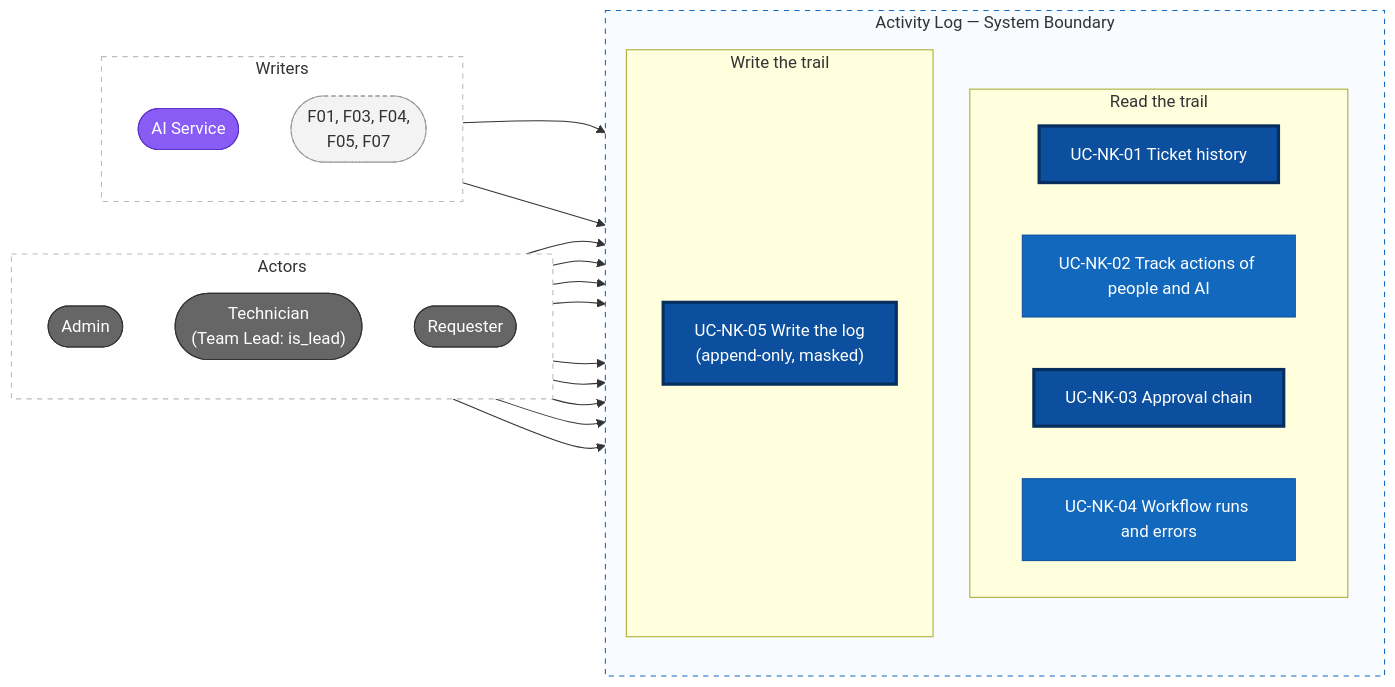
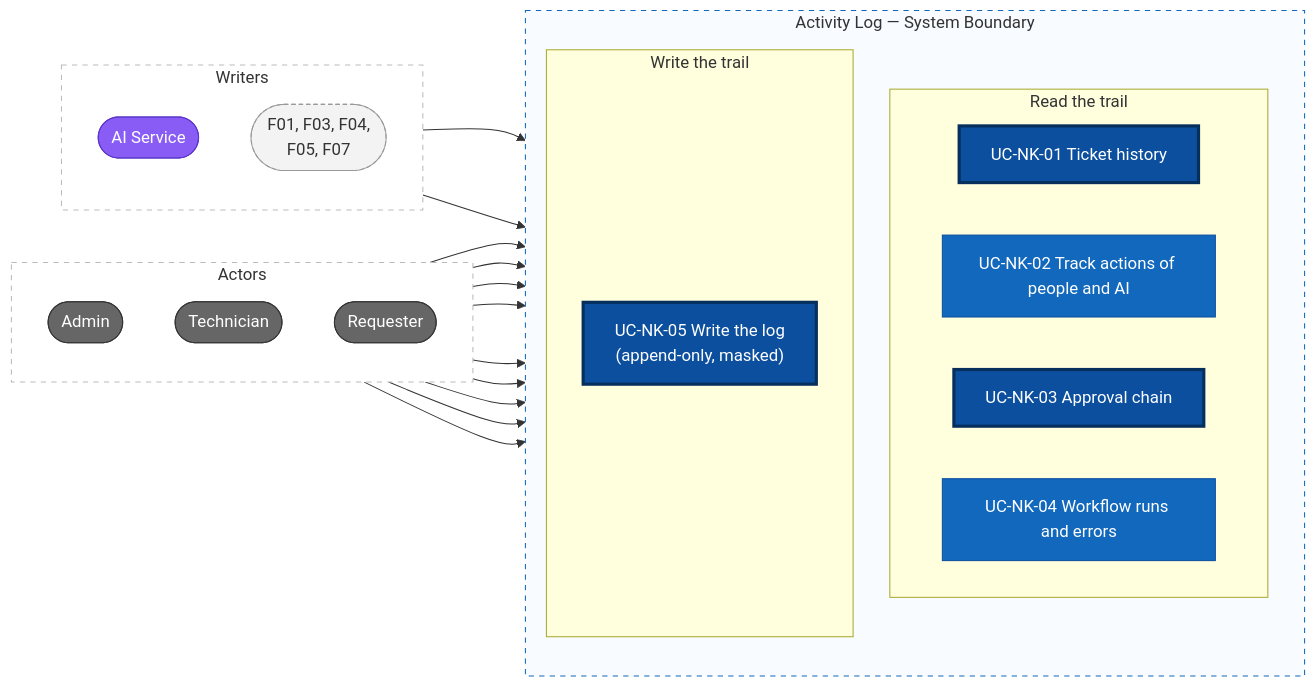
The first of 2 diagrams in docs/f08-activity-log/02-use-cases.md (Akaza-ban/Fable), drawn with Mermaid before and after one commit. The commit also changed other lines of this file and 14 other files, not shown here.

First line of the commit message:
docs(f07, f08): remove Team Lead, triage queue and team workload

````diff
--- a/docs/f08-activity-log/02-use-cases.md
+++ b/docs/f08-activity-log/02-use-cases.md
@@ -79,49 +79,49 @@
 ```mermaid
 flowchart LR
     subgraph left["Actors"]
         direction TB
         admin(["Admin"])
-        tech(["Technician<br/>(Team Lead: is_lead)"])
+        tech(["Technician"])
         req(["Requester"])
     end
 
     subgraph system["Activity Log — System Boundary"]
         direction TB
         subgraph read["Read the trail"]
             direction LR
             uc01["UC-NK-01 Ticket history"]
             uc02["UC-NK-02 Track actions of people and AI"]
             uc03["UC-NK-03 Approval chain"]
             uc04["UC-NK-04 Workflow runs and errors"]
         end
         subgraph write["Write the trail"]
             uc05["UC-NK-05 Write the log<br/>(append-only, masked)"]
         end
     end
 
     subgraph right["Writers"]
         direction TB
         ai(["AI Service"])
         branches(["F01, F03, F04,<br/>F05, F07"])
     end
 
     admin --> uc01 & uc02 & uc03 & uc04
     tech --> uc01 & uc03 & uc04
     req --> uc01 & uc03
     ai --> uc05
     branches --> uc05
 
     classDef actor fill:#666,color:#fff,stroke:#333
     classDef sysactor fill:#8a5cf6,color:#fff,stroke:#5b34c9
     classDef usecase fill:#1168bd,color:#fff,stroke:#0b4f9e
     classDef core fill:#0b4f9e,color:#fff,stroke:#062f5e,stroke-width:3px
     classDef ext fill:#f3f3f3,color:#333,stroke:#999,stroke-dasharray:4 3
     class admin,tech,req actor
     class ai sysactor
     class branches ext
     class uc02,uc04 usecase
     class uc01,uc03,uc05 core
     style left fill:#fff,stroke:#bbb,stroke-dasharray:5 5
     style right fill:#fff,stroke:#bbb,stroke-dasharray:5 5
     style system fill:#f8fbff,stroke:#1168bd,stroke-dasharray:5 5
 ```
````
